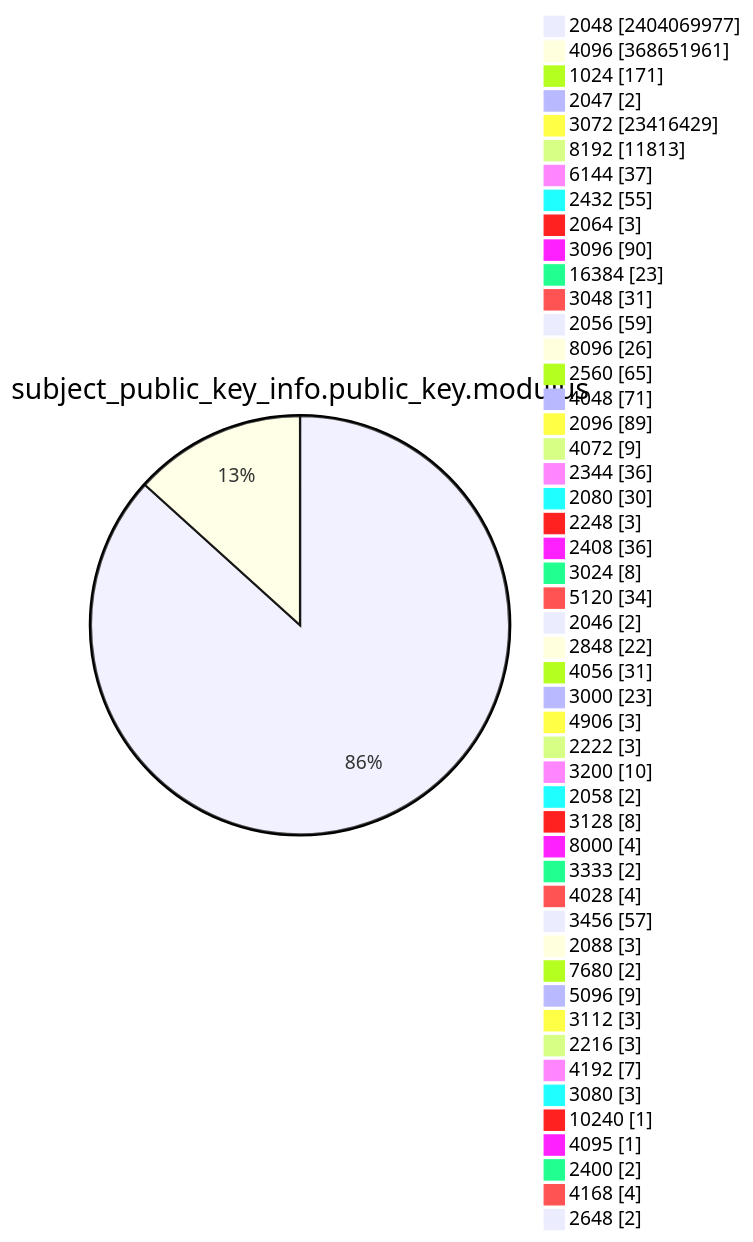
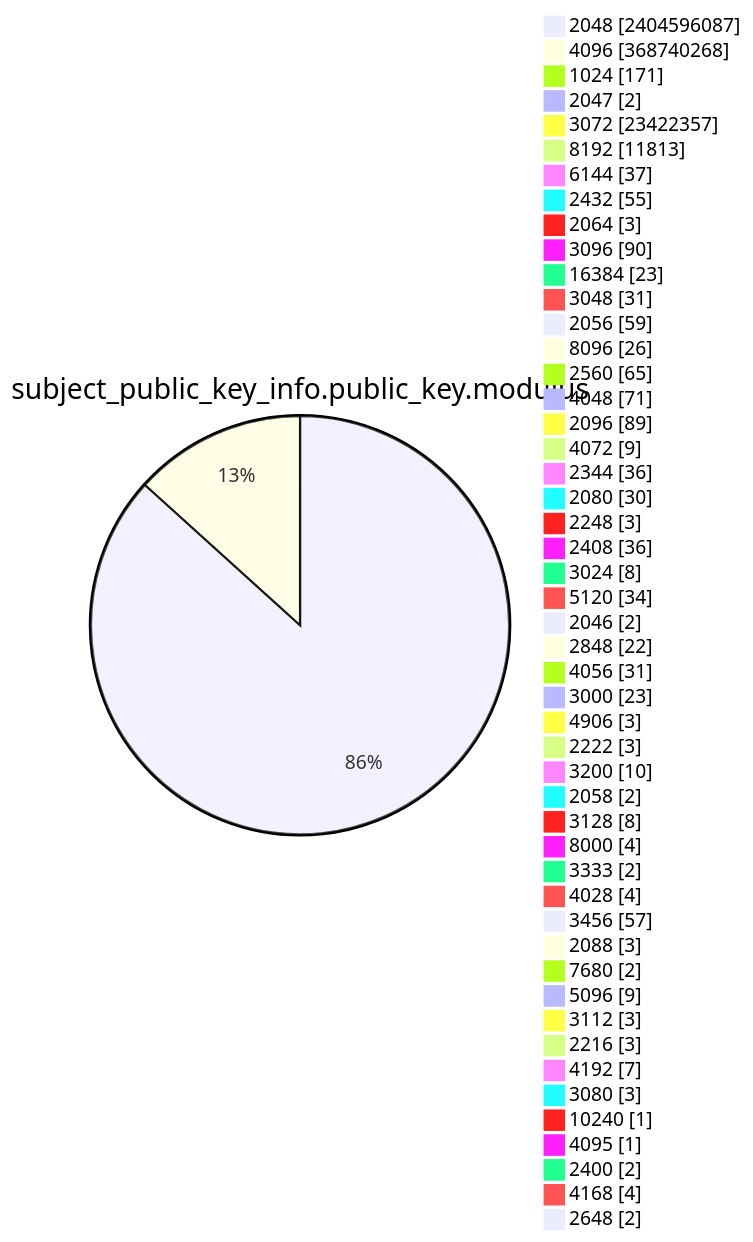
Before and after one commit to christiankrug/ctmonitor_visualization: diagram 13 of 15 in TOTAL/README.md, drawn with Mermaid. The commit also changed other lines of this file, not shown here.

````diff
--- a/TOTAL/README.md
+++ b/TOTAL/README.md
@@ -4167,53 +4167,53 @@
 ```mermaid
 pie showData
 title subject_public_key_info.public_key.modulus
-"2048" :2404069977
-"4096" :368651961
+"2048" :2404596087
+"4096" :368740268
 "1024" :171
 "2047" :2
-"3072" :23416429
+"3072" :23422357
 "8192" :11813
 "6144" :37
 "2432" :55
 "2064" :3
 "3096" :90
 "16384" :23
 "3048" :31
 "2056" :59
 "8096" :26
 "2560" :65
 "4048" :71
 "2096" :89
 "4072" :9
 "2344" :36
 "2080" :30
 "2248" :3
 "2408" :36
 "3024" :8
 "5120" :34
 "2046" :2
 "2848" :22
 "4056" :31
 "3000" :23
 "4906" :3
 "2222" :3
 "3200" :10
 "2058" :2
 "3128" :8
 "8000" :4
 "3333" :2
 "4028" :4
 "3456" :57
 "2088" :3
 "7680" :2
 "5096" :9
 "3112" :3
 "2216" :3
 "4192" :7
 "3080" :3
 "10240" :1
 "4095" :1
 "2400" :2
 "4168" :4
 "2648" :2
 ```
````
